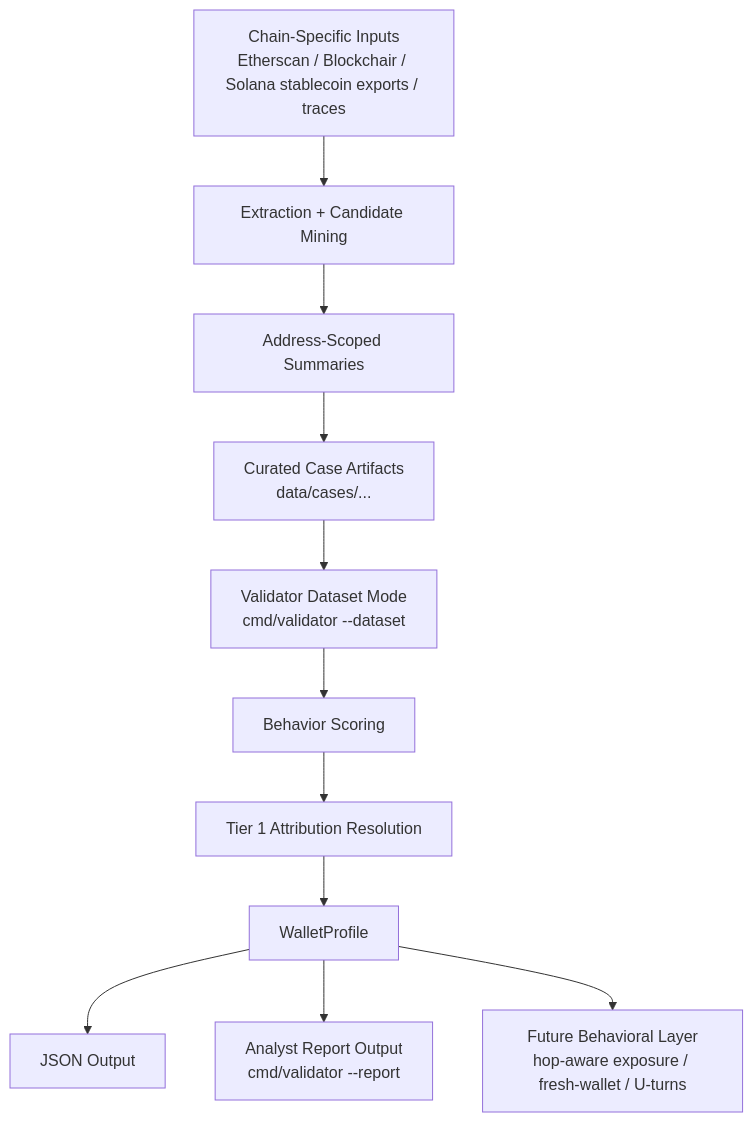
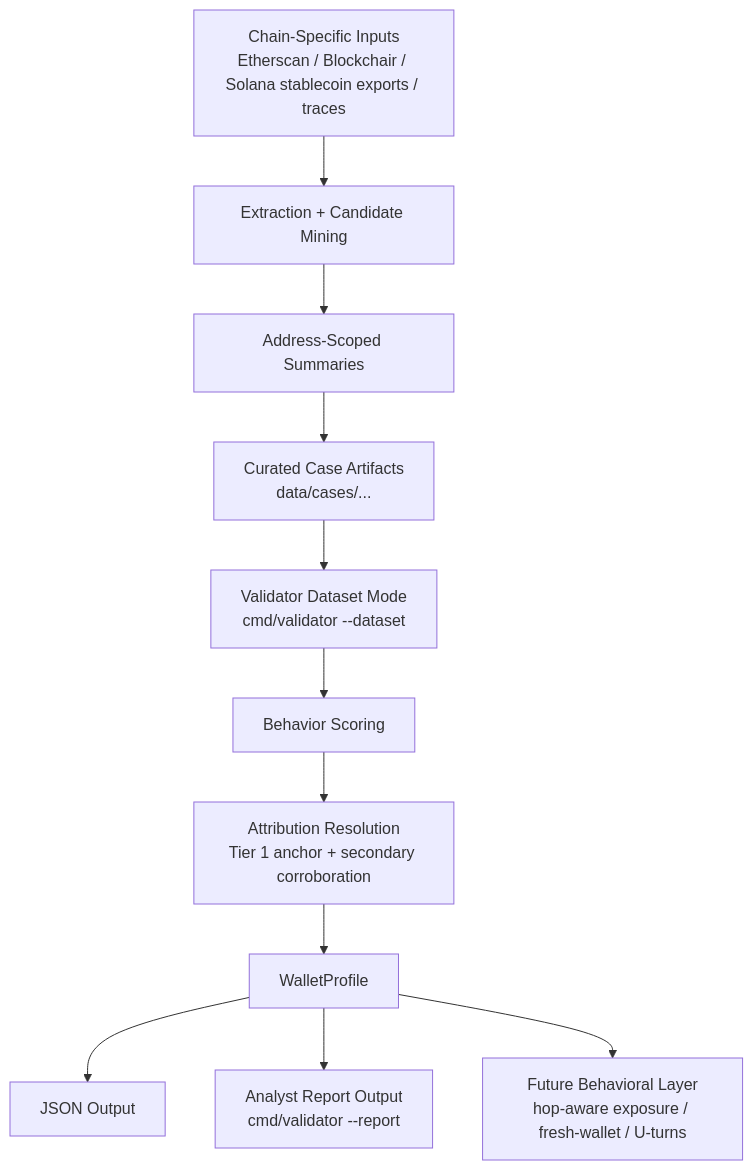
One commit to piyushdaiya/crypto-profiler changed the second of 2 diagrams in ARCHITECTURE.md. Above: the diagram before and after it, drawn with Mermaid. The commit also changed other lines of this file and 17 other files, not shown here.

Commit message:
feat: add bounded secondary attribution corroboration and report context

````diff
--- a/ARCHITECTURE.md
+++ b/ARCHITECTURE.md
@@ -137,13 +142,13 @@
 ```mermaid
 flowchart TD
     A["Chain-Specific Inputs<br/>Etherscan / Blockchair / Solana stablecoin exports / traces"] --> B["Extraction + Candidate Mining"]
     B --> C["Address-Scoped Summaries"]
     C --> D["Curated Case Artifacts<br/>data/cases/..."]
     D --> E["Validator Dataset Mode<br/>cmd/validator --dataset"]
     E --> F["Behavior Scoring"]
-    F --> G["Tier 1 Attribution Resolution"]
+    F --> G["Attribution Resolution<br/>Tier 1 anchor + secondary corroboration"]
     G --> H["WalletProfile"]
     H --> I["JSON Output"]
     H --> J["Analyst Report Output<br/>cmd/validator --report"]
     H --> K["Future Behavioral Layer<br/>hop-aware exposure / fresh-wallet / U-turns"]
 ```
````
